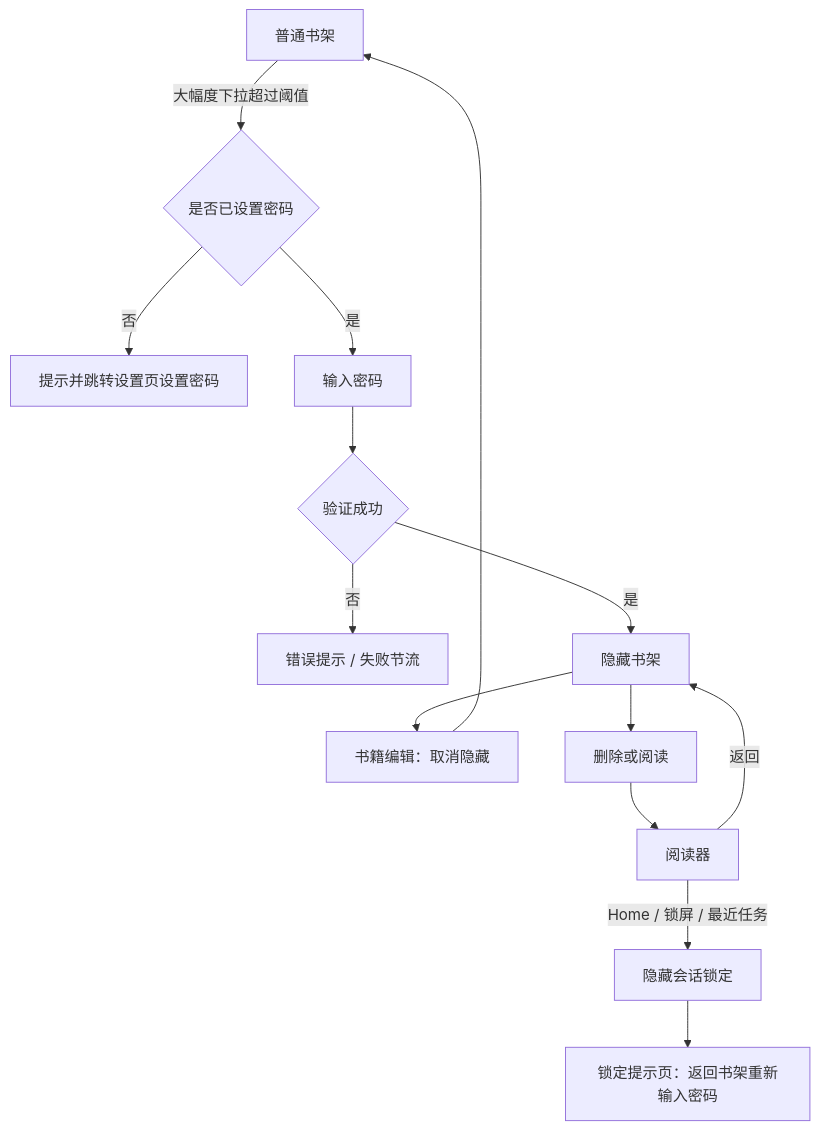
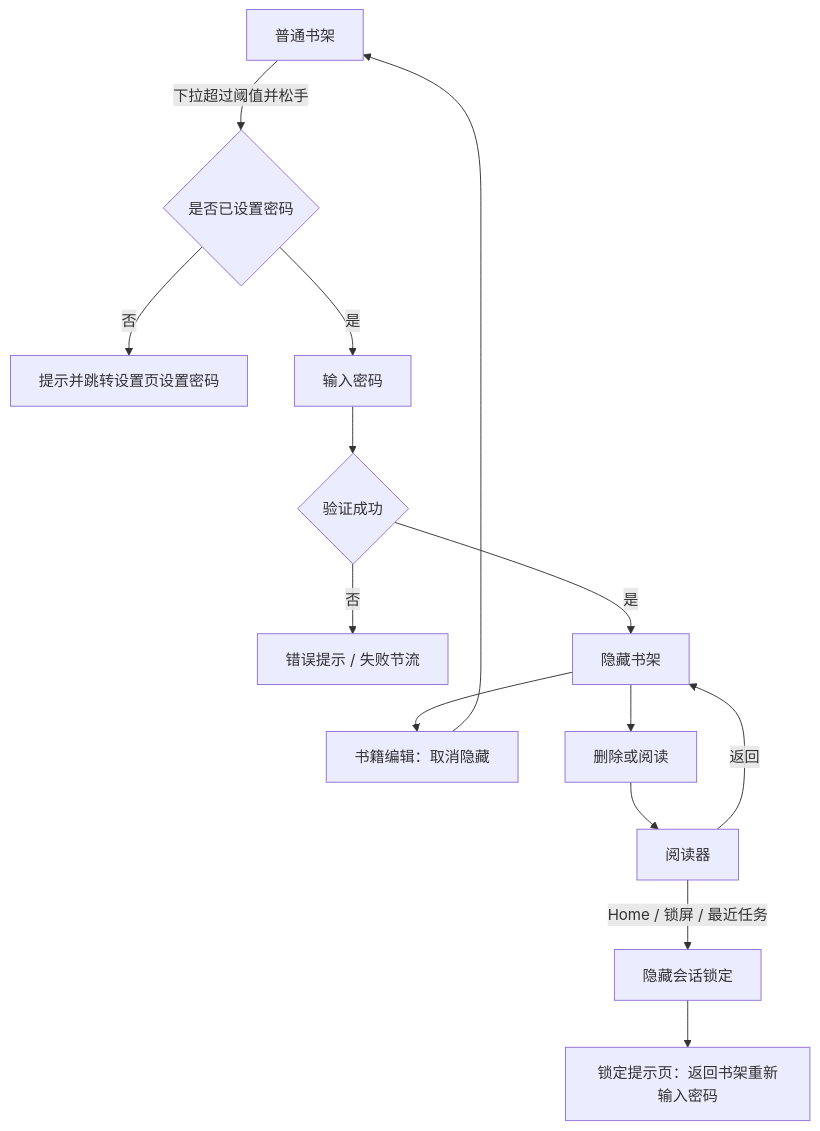
The second of 6 diagrams in docs/design.md (redsniper/book-reader), drawn with Mermaid before and after one commit. The commit also changed other lines of this file and 6 other files, not shown here.

````diff
--- a/docs/design.md
+++ b/docs/design.md
@@ -117,16 +117,16 @@
 ```mermaid
 flowchart TD
-    A[普通书架] -->|大幅度下拉超过阈值| B{是否已设置密码}
+    A[普通书架] -->|下拉超过阈值并松手| B{是否已设置密码}
     B -- 否 --> C[提示并跳转设置页设置密码]
     B -- 是 --> D[输入密码]
     D --> E{验证成功}
     E -- 否 --> F[错误提示 / 失败节流]
     E -- 是 --> G[隐藏书架]
     G --> H[书籍编辑：取消隐藏]
     G --> I[删除或阅读]
     H --> A
     I --> J[阅读器]
     J -->|返回| G
     J -->|Home / 锁屏 / 最近任务| K[隐藏会话锁定]
     K --> L[锁定提示页：返回书架重新输入密码]
 ```
````
